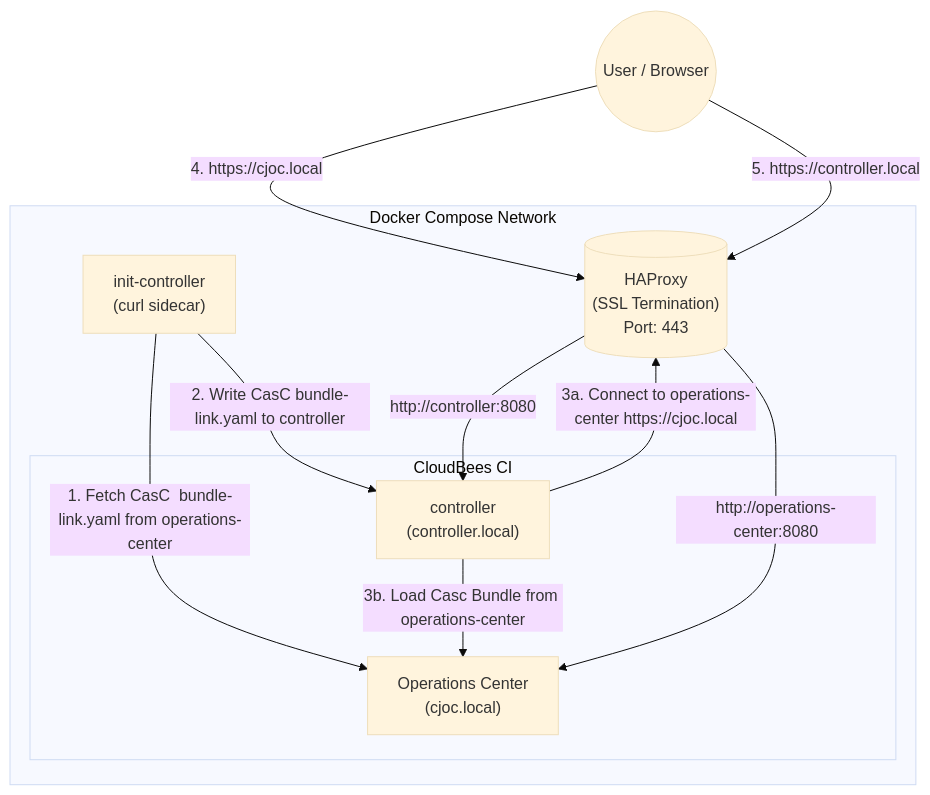
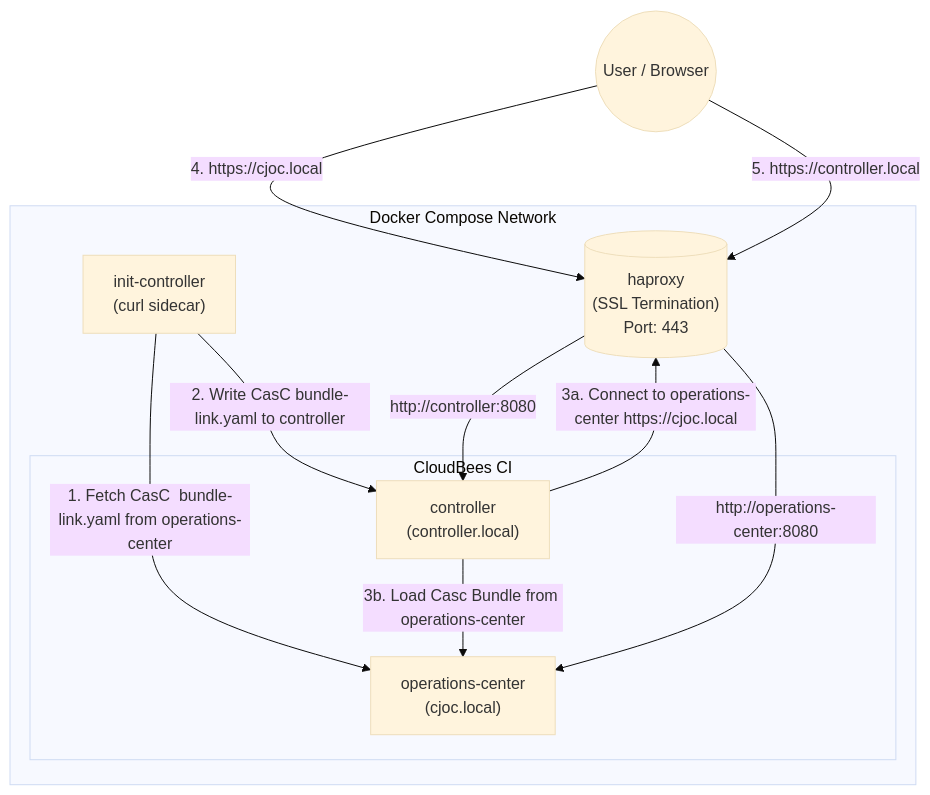
One commit to cb-ci/ci-traditional changed the diagram in README.md. Above: the diagram before and after it, drawn with Mermaid (base theme).

````diff
--- a/README.md
+++ b/README.md
@@ -12,27 +12,27 @@
 ```mermaid
 graph TD
     User((User / Browser))
     subgraph "Docker Compose Network"
-        HAProxy[("HAProxy
+        HAProxy[("haproxy
         (SSL Termination)
         Port: 443")]
         
         subgraph "CloudBees CI"
-            CJOC["Operations Center
+            CJOC["operations-center
             (cjoc.local)"]
             Controller["controller
             (controller.local)"]
         end
         
         Init["init-controller
         (curl sidecar)"]       
     end    
     
     Init -- "1. Fetch CasC  bundle-link.yaml from operations-center" --> CJOC
     Init -- "2. Write CasC bundle-link.yaml to controller" --> Controller
     Controller -- "3a. Connect to operations-center https://cjoc.local" --> HAProxy
     Controller -- "3b. Load Casc Bundle from operations-center" --> CJOC
 
     User -- "4. https://cjoc.local" --> HAProxy -- "http://operations-center:8080" --> CJOC
     User -- "5. https://controller.local" --> HAProxy -- "http://controller:8080" --> Controller
 ```
````
